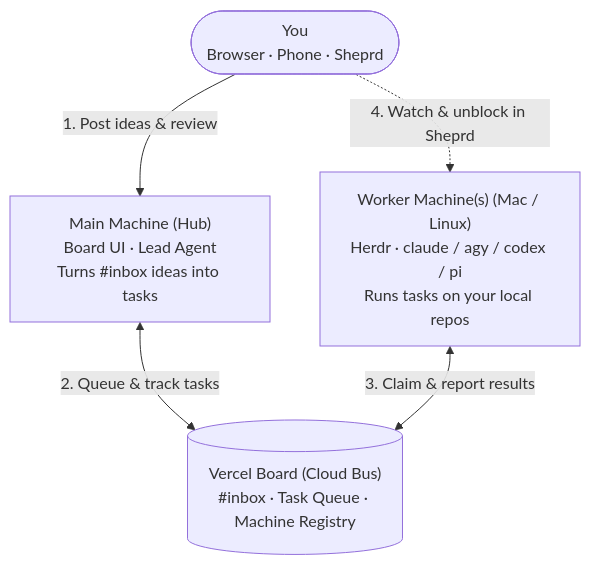
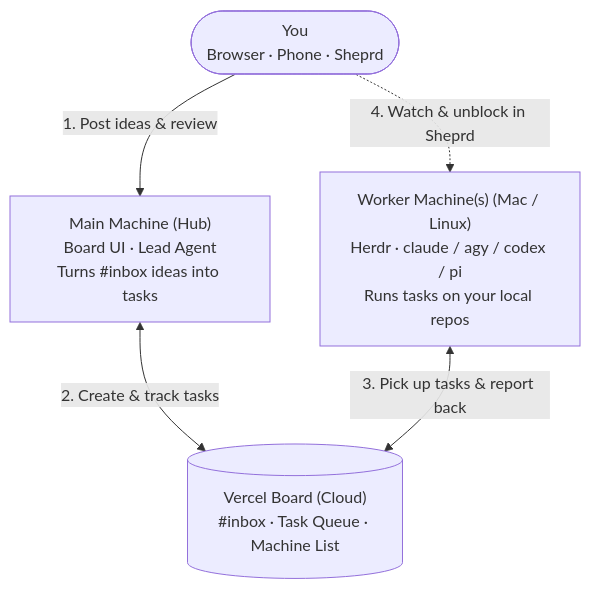
The diagram in README.md (kodi/bordr-swarm), drawn with Mermaid before and after one commit. The commit also changed other lines of this file, not shown here.

Commit message:
docs(readme): plainer wording, trimmed tables, agent flags table, badges

````diff
--- a/README.md
+++ b/README.md
@@ -42,14 +48,14 @@
 ```mermaid
 flowchart TD
-  You(["You\nBrowser · Phone · Sheprd"])
+  You(["You<br/>Browser · Phone · Sheprd"])
 
-  Main["Main Machine (Hub)\nBoard UI · Lead Agent\nTurns #inbox ideas into tasks"]
-  Workers["Worker Machine(s) (Mac / Linux)\nHerdr · claude / agy / codex / pi\nRuns tasks on your local repos"]
+  Main["Main Machine (Hub)<br/>Board UI · Lead Agent<br/>Turns #inbox ideas into tasks"]
+  Workers["Worker Machine(s) (Mac / Linux)<br/>Herdr · claude / agy / codex / pi<br/>Runs tasks on your local repos"]
 
-  Board[("Vercel Board (Cloud Bus)\n#inbox · Task Queue · Machine Registry")]
+  Board[("Vercel Board (Cloud)<br/>#inbox · Task Queue · Machine List")]
 
   You -->|"1. Post ideas & review"| Main
-  Main <-->|"2. Queue & track tasks"| Board
-  Workers <-->|"3. Claim & report results"| Board
+  Main <-->|"2. Create & track tasks"| Board
+  Workers <-->|"3. Pick up tasks & report back"| Board
   You -.->|"4. Watch & unblock in Sheprd"| Workers
 ```
````
